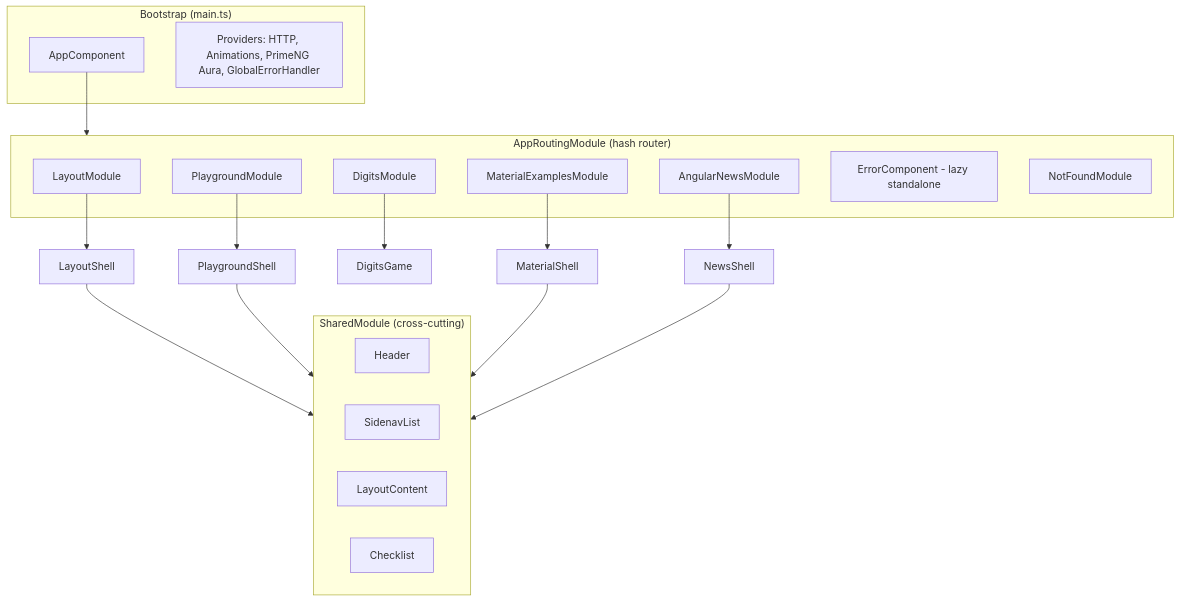
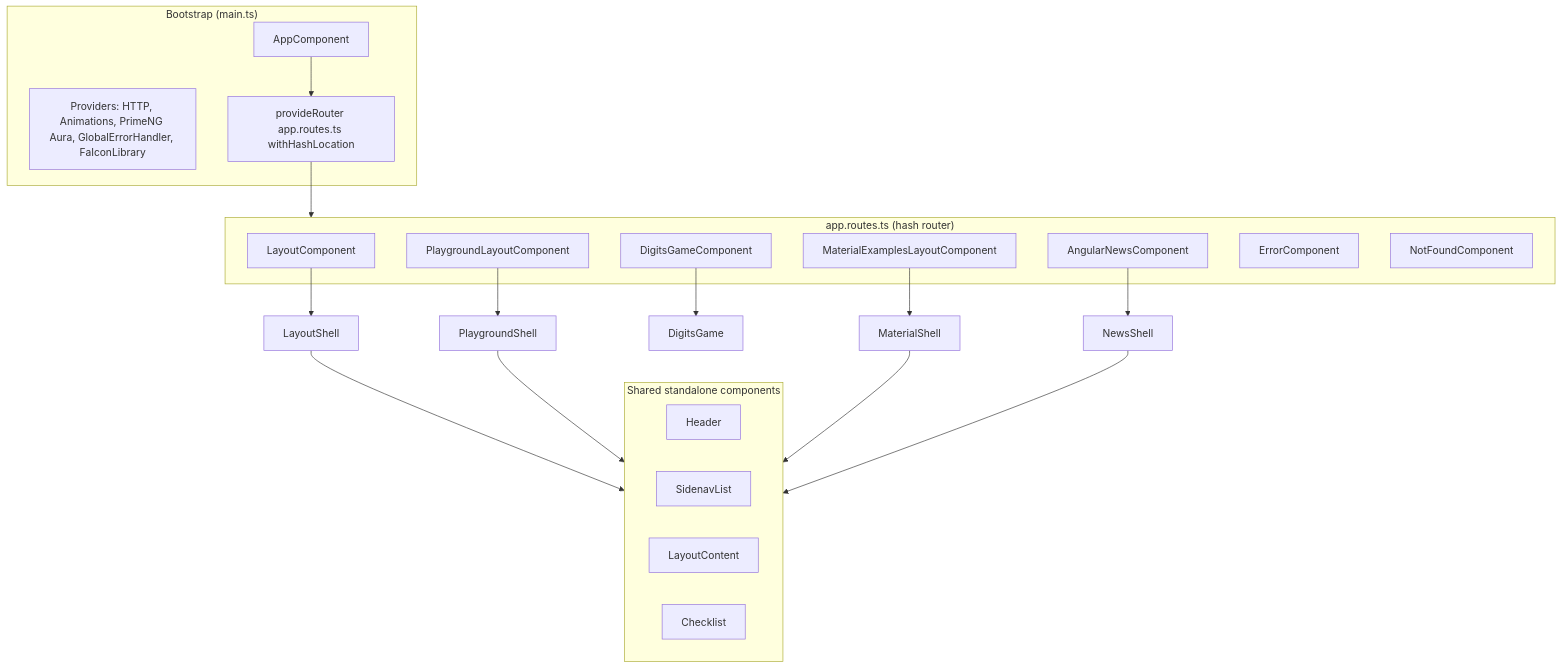
One commit to lkovari/LKovariHome changed the first of 11 diagrams in README.md. Above: the diagram before and after it, drawn with Mermaid. The commit also changed other lines of this file and 27 other files, not shown here.

````diff
--- a/README.md
+++ b/README.md
@@ -24,36 +24,38 @@
 ```mermaid
 flowchart TB
   subgraph bootstrap["Bootstrap (main.ts)"]
     BA[AppComponent]
-    PR[Providers: HTTP, Animations, PrimeNG Aura, GlobalErrorHandler]
+    PR[Providers: HTTP, Animations, PrimeNG Aura, GlobalErrorHandler, FaIconLibrary]
+    RT[provideRouter app.routes.ts withHashLocation]
   end
 
-  subgraph routing["AppRoutingModule (hash router)"]
-    R1[LayoutModule]
-    R2[AngularNewsModule]
-    R3[DigitsModule]
-    R4[MaterialExamplesModule]
-    R5[PlaygroundModule]
-    R6[ErrorComponent - lazy standalone]
-    R7[NotFoundModule]
+  subgraph routing["app.routes.ts (hash router)"]
+    R1[LayoutComponent]
+    R2[AngularNewsComponent]
+    R3[DigitsGameComponent]
+    R4[MaterialExamplesLayoutComponent]
+    R5[PlaygroundLayoutComponent]
+    R6[ErrorComponent]
+    R7[NotFoundComponent]
   end
 
-  BA --> routing
+  BA --> RT
+  RT --> routing
   R1 --> LayoutShell
   R2 --> NewsShell
   R3 --> DigitsGame
   R4 --> MaterialShell
   R5 --> PlaygroundShell
 
-  subgraph shared["SharedModule (cross-cutting)"]
+  subgraph shared["Shared standalone components"]
     Header
     SidenavList
     LayoutContent
     Checklist
   end
 
   LayoutShell --> shared
   PlaygroundShell --> shared
   MaterialShell --> shared
   NewsShell --> shared
 ```
````
